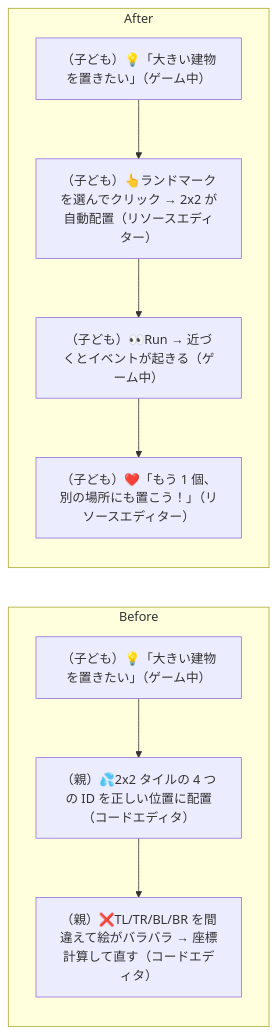
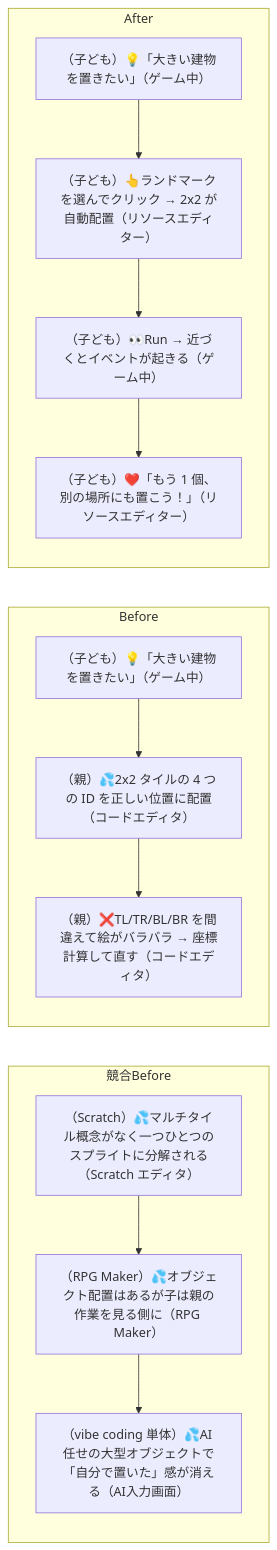
One commit to tatsuro-ueda/code-quest-pyxel changed the seventh of 42 diagrams in docs/customer-journeys.md. Above: the diagram before and after it, drawn with Mermaid. The commit also changed other lines of this file and 1 other file, not shown here.

````diff
--- a/docs/customer-journeys.md
+++ b/docs/customer-journeys.md
@@ -223,14 +265,19 @@
 ```mermaid
 flowchart LR
+    subgraph Competitor["競合Before"]
+        C1[（Scratch）💦マルチタイル概念がなく一つひとつのスプライトに分解される（Scratch エディタ）]
+        C1 --> C2[（RPG Maker）💦オブジェクト配置はあるが子は親の作業を見る側に（RPG Maker）]
+        C2 --> C3[（vibe coding 単体）💦AI 任せの大型オブジェクトで「自分で置いた」感が消える（AI入力画面）]
+    end
     subgraph Before["Before"]
         B1[（子ども）💡「大きい建物を置きたい」（ゲーム中）]
         B1 --> B2[（親）💦2x2 タイルの 4 つの ID を正しい位置に配置（コードエディタ）]
         B2 --> B3[（親）❌TL/TR/BL/BR を間違えて絵がバラバラ → 座標計算して直す（コードエディタ）]
     end
     subgraph After["After"]
         A1[（子ども）💡「大きい建物を置きたい」（ゲーム中）]
         A1 --> A2[（子ども）👆ランドマークを選んでクリック → 2x2 が自動配置（リソースエディター）]
         A2 --> A3[（子ども）👀Run → 近づくとイベントが起きる（ゲーム中）]
         A3 --> A4[（子ども）❤️「もう 1 個、別の場所にも置こう！」（リソースエディター）]
     end
 ```
````
